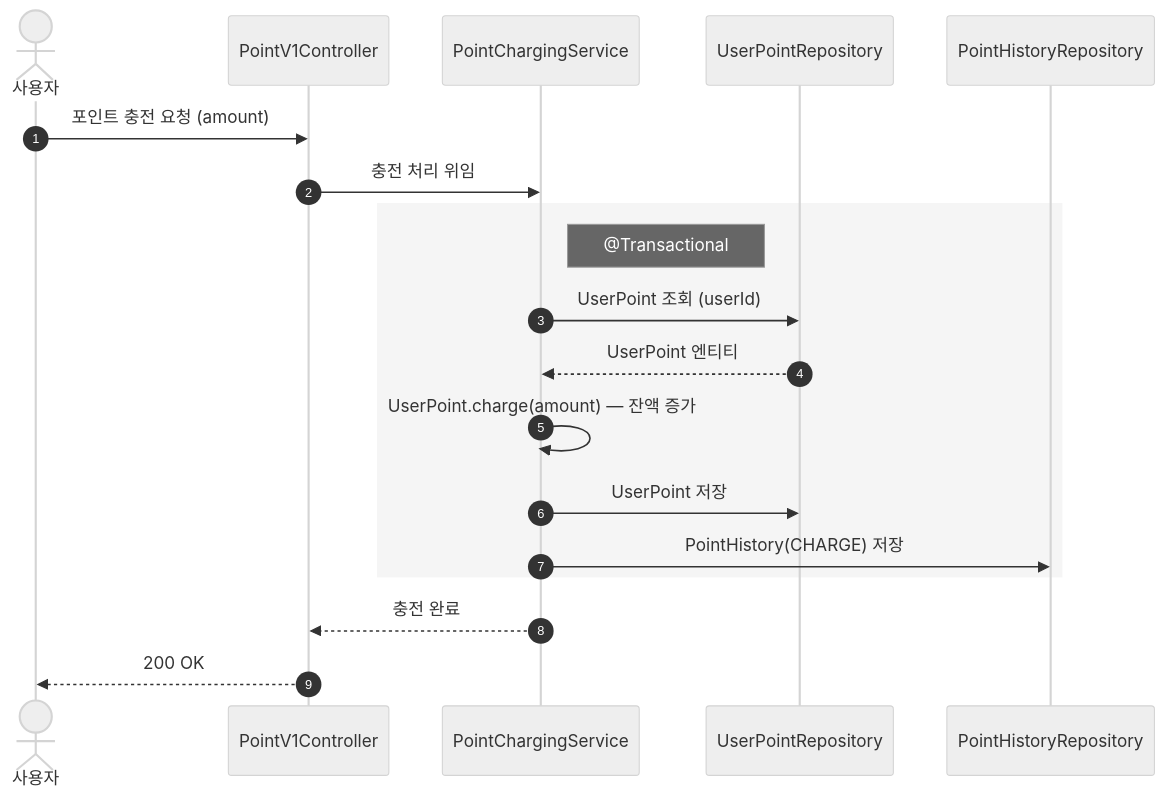
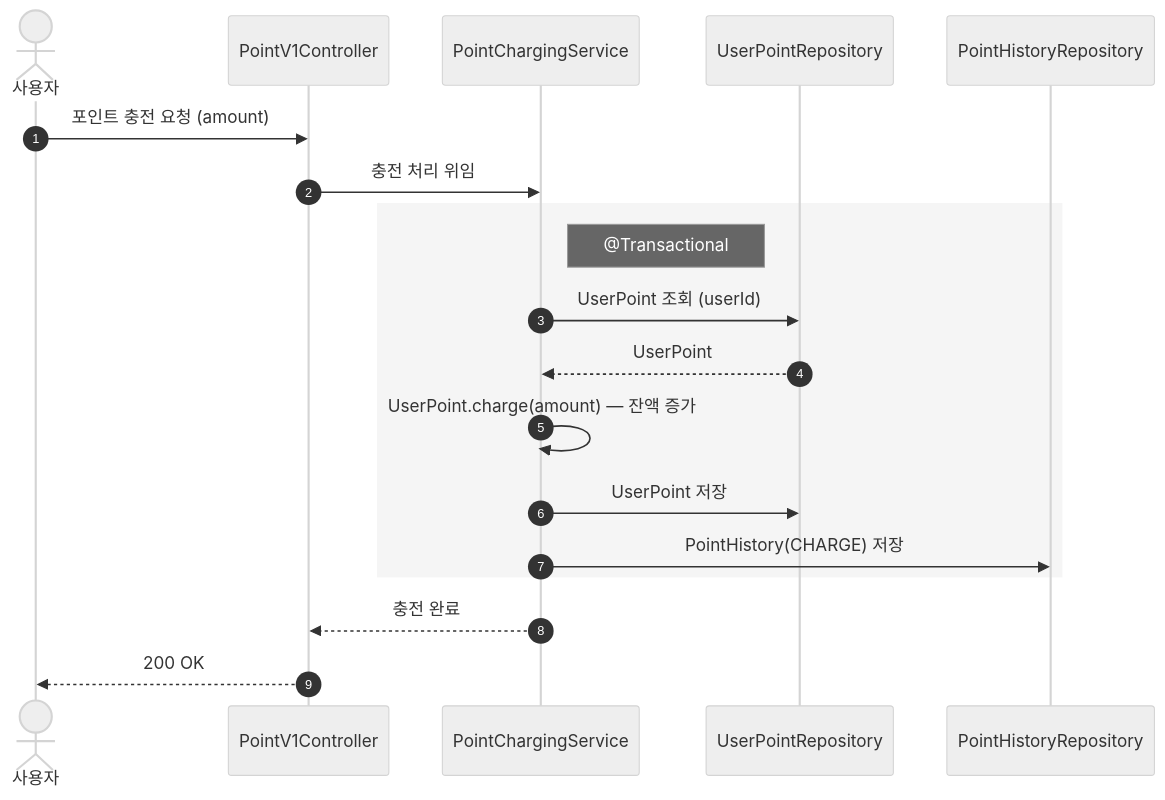
Diagram 24 of 26 in docs/design/02-sequence-diagrams.md (Loopers-dev-lab/loop-pack-be-l2-vol3-kotlin), drawn with Mermaid (neutral theme) before and after one commit. The commit also changed other lines of this file and 6 other files, not shown here.

````diff
--- a/docs/design/02-sequence-diagrams.md
+++ b/docs/design/02-sequence-diagrams.md
@@ -712,23 +711,23 @@
 ```mermaid
 sequenceDiagram
     autonumber
     actor User as 사용자
     participant C as PointV1Controller
     participant PCS as PointChargingService
     participant UPR as UserPointRepository
     participant PHR as PointHistoryRepository
     User ->> C: 포인트 충전 요청 (amount)
     C ->> PCS: 충전 처리 위임
 
     rect rgb(245, 245, 245)
         Note right of PCS: @Transactional
         PCS ->> UPR: UserPoint 조회 (userId)
-        UPR -->> PCS: UserPoint 엔티티
+        UPR -->> PCS: UserPoint
         PCS ->> PCS: UserPoint.charge(amount) — 잔액 증가
         PCS ->> UPR: UserPoint 저장
         PCS ->> PHR: PointHistory(CHARGE) 저장
     end
 
     PCS -->> C: 충전 완료
     C -->> User: 200 OK
 ```
````
